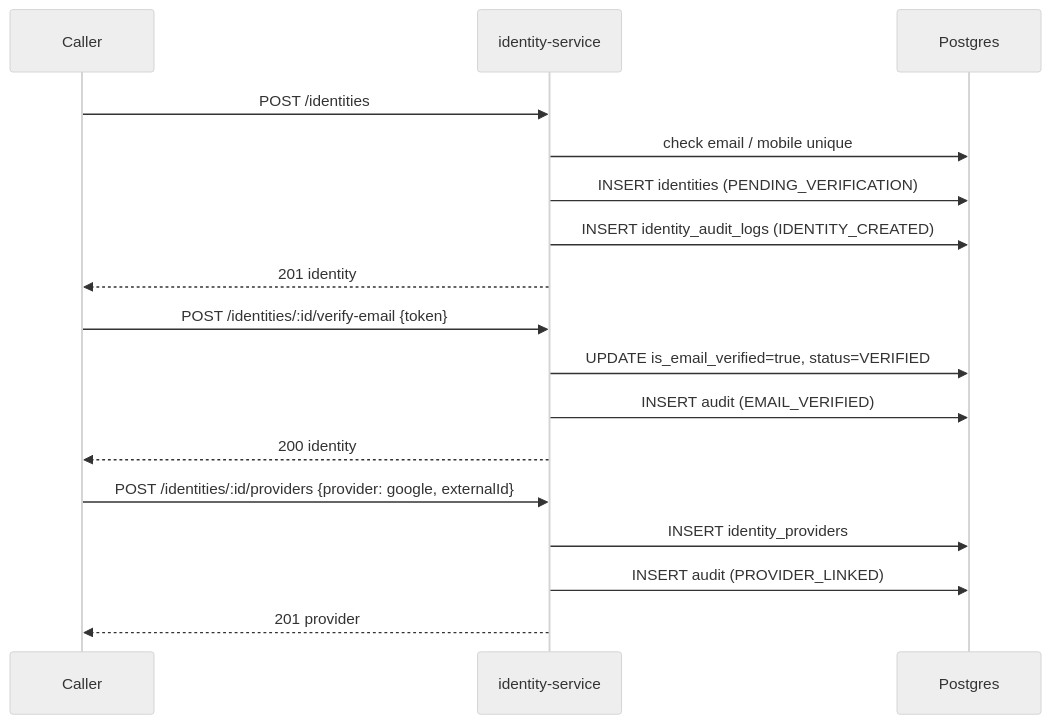
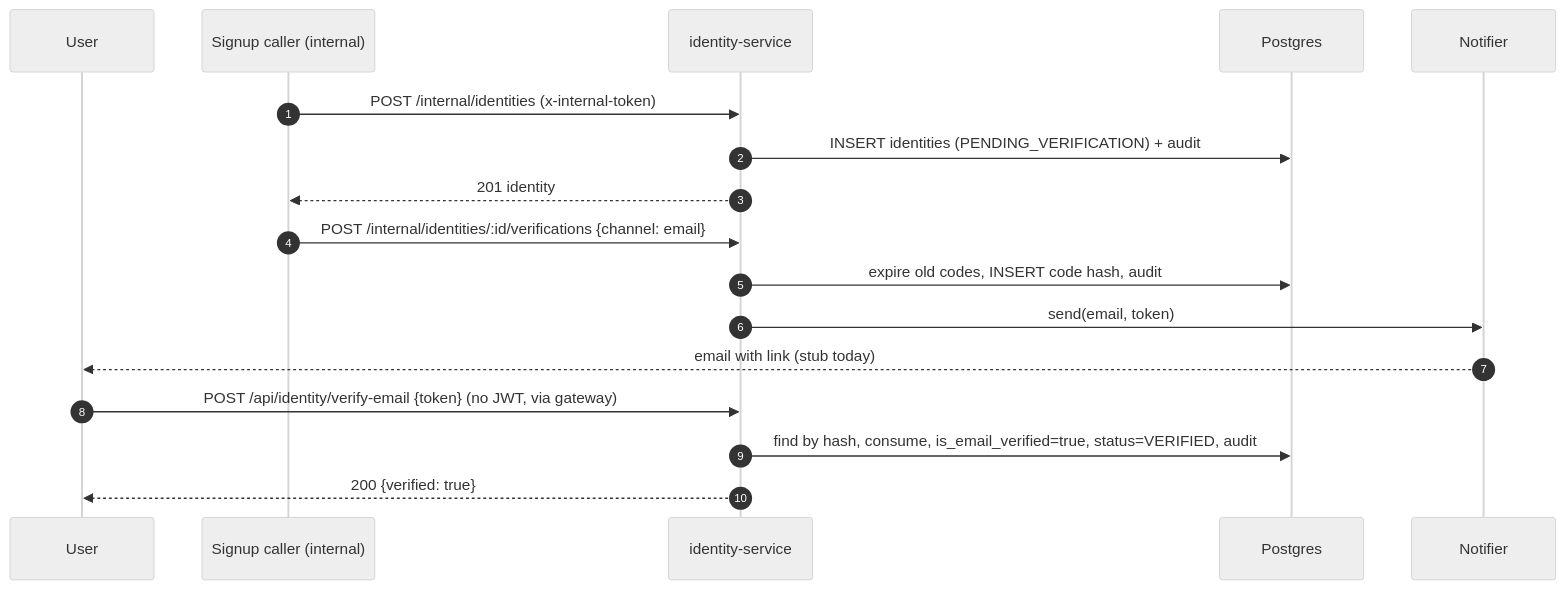
Before and after one commit to master-node1/the-aura-lab: the fourth of 6 diagrams in services/identity-service/README.md, drawn with Mermaid (neutral theme). The commit also changed other lines of this file and 68 other files, not shown here.

````diff
--- a/services/identity-service/README.md
+++ b/services/identity-service/README.md
@@ -217,19 +296,19 @@
 ```mermaid
 sequenceDiagram
-    participant C as Caller
+    autonumber
+    participant U as User
+    participant S as Signup caller (internal)
     participant I as identity-service
     participant DB as Postgres
-    C->>I: POST /identities
-    I->>DB: check email / mobile unique
-    I->>DB: INSERT identities (PENDING_VERIFICATION)
-    I->>DB: INSERT identity_audit_logs (IDENTITY_CREATED)
-    I-->>C: 201 identity
-    C->>I: POST /identities/:id/verify-email {token}
-    I->>DB: UPDATE is_email_verified=true, status=VERIFIED
-    I->>DB: INSERT audit (EMAIL_VERIFIED)
-    I-->>C: 200 identity
-    C->>I: POST /identities/:id/providers {provider: google, externalId}
-    I->>DB: INSERT identity_providers
-    I->>DB: INSERT audit (PROVIDER_LINKED)
-    I-->>C: 201 provider
+    participant N as Notifier
+    S->>I: POST /internal/identities (x-internal-token)
+    I->>DB: INSERT identities (PENDING_VERIFICATION) + audit
+    I-->>S: 201 identity
+    S->>I: POST /internal/identities/:id/verifications {channel: email}
+    I->>DB: expire old codes, INSERT code hash, audit
+    I->>N: send(email, token)
+    N-->>U: email with link (stub today)
+    U->>I: POST /api/identity/verify-email {token} (no JWT, via gateway)
+    I->>DB: find by hash, consume, is_email_verified=true, status=VERIFIED, audit
+    I-->>U: 200 {verified: true}
 ```
````
